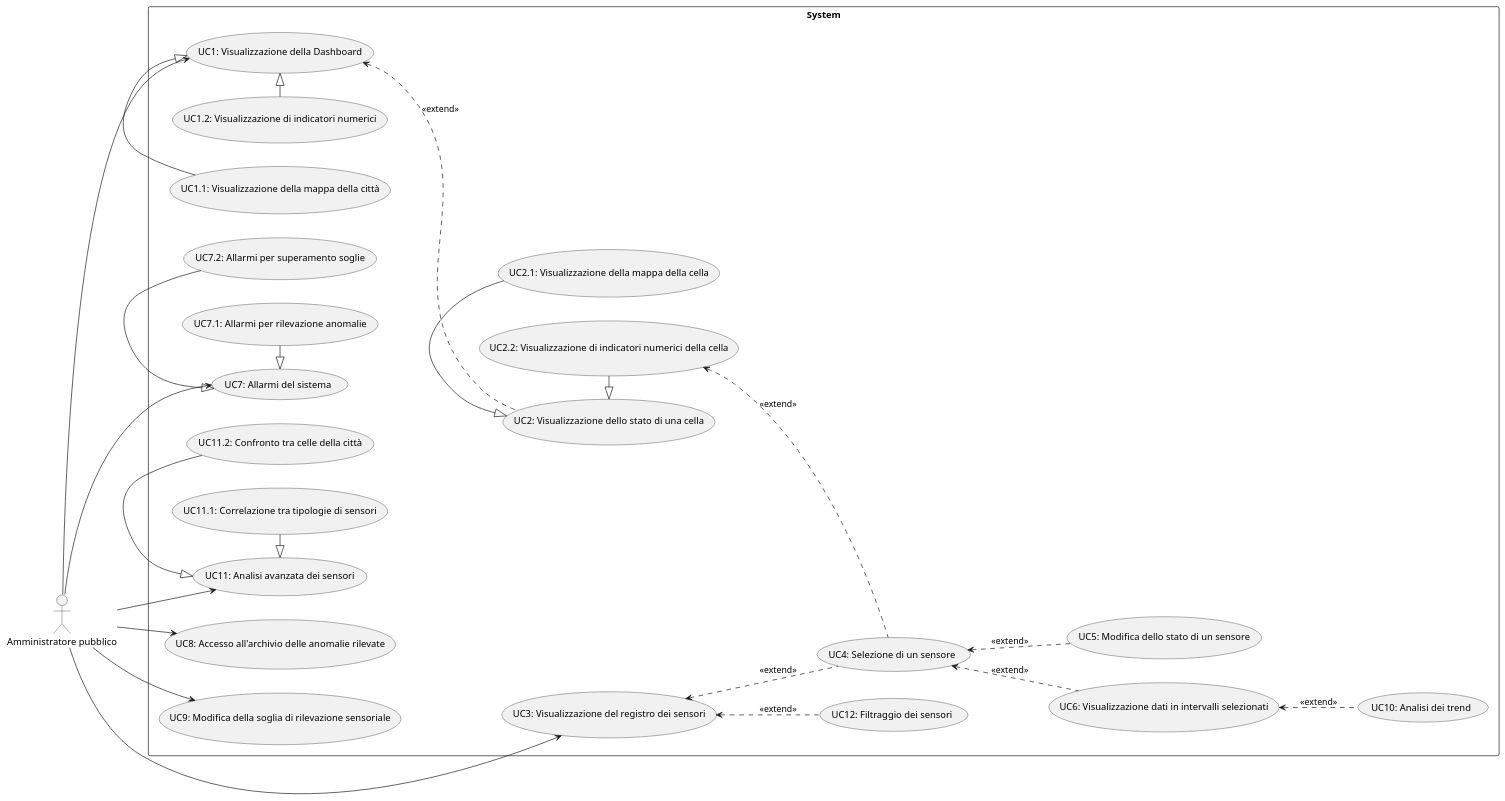
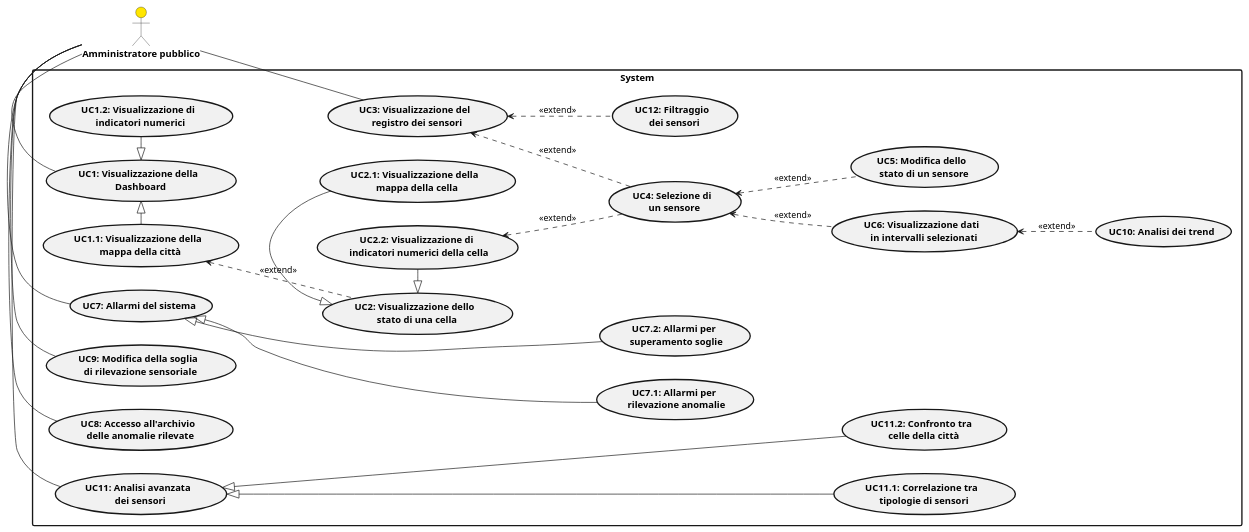
Before and after one commit to SWATEngineering/Docs: the diagram in src/2_RTB/AnalisiDeiRequisiti/diagrammacasiduso.puml, drawn with PlantUML.

Commit message:
modificato diagramma

```diff
--- a/src/2_RTB/AnalisiDeiRequisiti/diagrammacasiduso.puml
+++ b/src/2_RTB/AnalisiDeiRequisiti/diagrammacasiduso.puml
@@ -1,53 +1,75 @@
 @startuml USERCASES
+
+
 
 left to right direction
 
-actor amministratorepubblico as "Amministratore pubblico"
+skinparam actor {
+  FontSize 14
+  FontStyle bold
+  
+  }
+
+skinparam usecase{
+  
+  FontSize 14
+  FontStyle bold
+  BorderStyle solid
+  BorderThickness 2
+}
+
+skinparam rectangle {
+  BorderStyle solid
+  BorderThickness 2
+}
+
+
+actor amministratorepubblico as "Amministratore pubblico" #FFE600
 
 rectangle "System" {
-  usecase "UC1.1: Visualizzazione della mappa della città" as UC1.1
-  usecase "UC1.2: Visualizzazione di indicatori numerici" as UC1.2
-  usecase "UC1: Visualizzazione della Dashboard" as UC1
-  usecase "UC2.1: Visualizzazione della mappa della cella" as UC2.1
-  usecase "UC2.2: Visualizzazione di indicatori numerici della cella" as UC2.2
-  usecase "UC2: Visualizzazione dello stato di una cella" as UC2
-  usecase "UC3: Visualizzazione del registro dei sensori" as UC3
-  usecase "UC4: Selezione di un sensore" as UC4
-  usecase "UC5: Modifica dello stato di un sensore" as UC5
-  usecase "UC6: Visualizzazione dati in intervalli selezionati" as UC6
+  usecase "UC1.1: Visualizzazione della \n mappa della città" as UC1.1
+  usecase "UC1.2: Visualizzazione di \n indicatori numerici" as UC1.2
+  usecase "UC1: Visualizzazione della \n Dashboard" as UC1
+  usecase "UC2.1: Visualizzazione della \n mappa della cella" as UC2.1
+  usecase "UC2.2: Visualizzazione di \n indicatori numerici della cella" as UC2.2
+  usecase "UC2: Visualizzazione dello \n stato di una cella" as UC2
+  usecase "UC3: Visualizzazione del \n registro dei sensori" as UC3
+  usecase "UC4: Selezione di \n un sensore" as UC4
+  usecase "UC5: Modifica dello \n stato di un sensore" as UC5
+  usecase "UC6: Visualizzazione dati \n in intervalli selezionati" as UC6
   usecase "UC7: Allarmi del sistema" as UC7
-  usecase "UC7.1: Allarmi per rilevazione anomalie" as UC7.1
-  usecase "UC7.2: Allarmi per superamento soglie" as UC7.2
-  usecase "UC8: Accesso all'archivio delle anomalie rilevate" as UC8
-  usecase "UC9: Modifica della soglia di rilevazione sensoriale" as UC9
+  usecase "UC7.1: Allarmi per \n rilevazione anomalie" as UC7.1
+  usecase "UC7.2: Allarmi per \n superamento soglie" as UC7.2
+  usecase "UC8: Accesso all'archivio \n delle anomalie rilevate" as UC8
+  usecase "UC9: Modifica della soglia \n di rilevazione sensoriale" as UC9
   usecase "UC10: Analisi dei trend" as UC10
-  usecase "UC11: Analisi avanzata dei sensori" as UC11
-  usecase "UC11.1: Correlazione tra tipologie di sensori" as UC11.1
-  usecase "UC11.2: Confronto tra celle della città" as UC11.2
-  usecase "UC12: Filtraggio dei sensori" as UC12
+  usecase "UC11: Analisi avanzata \n dei sensori" as UC11
+  usecase "UC11.1: Correlazione tra \n tipologie di sensori" as UC11.1
+  usecase "UC11.2: Confronto tra \n celle della città" as UC11.2
+  usecase "UC12: Filtraggio \n dei sensori" as UC12
  
 
-  amministratorepubblico --> UC1
-  amministratorepubblico --> UC3
+  amministratorepubblico - UC1
+  amministratorepubblico - UC3
   UC1.1 -|> UC1
-  UC1.2 -|> UC1
-  UC2 .up.> UC1 : <<extend>>
+  UC1 <|- UC1.2
+  UC2 .up.> UC1.1 : <<extend>>
   UC2 <|- UC2.1
   UC2 <|- UC2.2
   UC4 .up.> UC2.2 :<<extend>>
   UC4 .up.> UC3 :<<extend>>
   UC12 .up.> UC3 :<<extend>>
   UC5 .up.> UC4 :<<extend>>
   UC6 .up.> UC4 :<<extend>>
   UC10 .up.> UC6 :<<extend>>
-  amministratorepubblico --> UC7
-  UC7 <|- UC7.1
-  UC7 <|- UC7.2
-  amministratorepubblico --> UC9
-  amministratorepubblico --> UC8
-  amministratorepubblico --> UC11
-  UC11 <|- UC11.1
-  UC11 <|- UC11.2
+  amministratorepubblico - UC7
+  amministratorepubblico - UC9
+  amministratorepubblico - UC8
+  amministratorepubblico - UC11
+  UC7 <|--- UC7.2
+  UC7 <|--- UC7.1
+  UC11 <|---- UC11.1
+  UC11 <|---- UC11.2
 
 }
 @enduml
```
